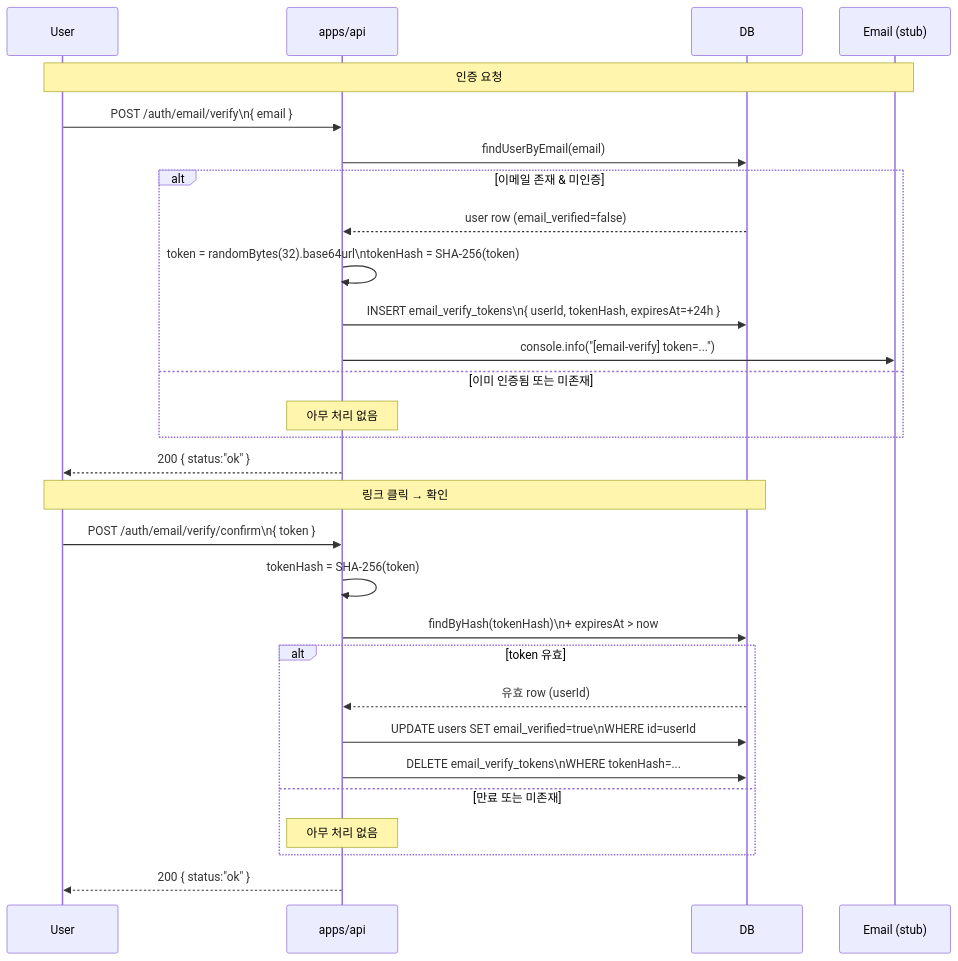
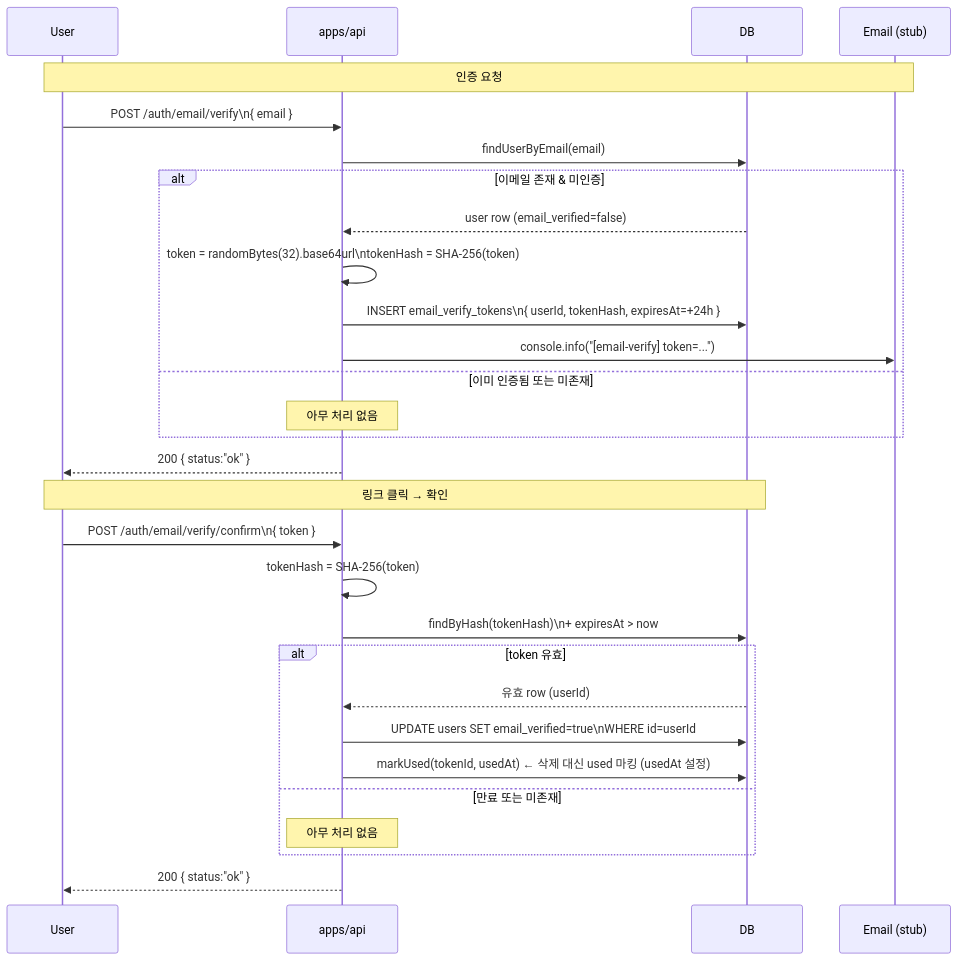
One commit to Changsik00/service-foundry changed the diagram in docs/explainers/auth/email-verify-flow.md. Above: the diagram before and after it, drawn with Mermaid. The commit also changed 7 other files, not shown here.

````diff
--- a/docs/explainers/auth/email-verify-flow.md
+++ b/docs/explainers/auth/email-verify-flow.md
@@ -18,33 +18,33 @@
 ```mermaid
 sequenceDiagram
     participant U as User
     participant API as apps/api
     participant DB as DB
     participant Email as Email (stub)
 
     Note over U,Email: 인증 요청
     U->>API: POST /auth/email/verify\n{ email }
     API->>DB: findUserByEmail(email)
     alt 이메일 존재 & 미인증
         DB-->>API: user row (email_verified=false)
         API->>API: token = randomBytes(32).base64url\ntokenHash = SHA-256(token)
         API->>DB: INSERT email_verify_tokens\n{ userId, tokenHash, expiresAt=+24h }
         API->>Email: console.info("[email-verify] token=...")
     else 이미 인증됨 또는 미존재
         Note over API: 아무 처리 없음
     end
     API-->>U: 200 { status:"ok" }
 
     Note over U,DB: 링크 클릭 → 확인
     U->>API: POST /auth/email/verify/confirm\n{ token }
     API->>API: tokenHash = SHA-256(token)
     API->>DB: findByHash(tokenHash)\n+ expiresAt > now
     alt token 유효
         DB-->>API: 유효 row (userId)
         API->>DB: UPDATE users SET email_verified=true\nWHERE id=userId
-        API->>DB: DELETE email_verify_tokens\nWHERE tokenHash=...
+        API->>DB: markUsed(tokenId, usedAt)  ← 삭제 대신 used 마킹 (usedAt 설정)
     else 만료 또는 미존재
         Note over API: 아무 처리 없음
     end
     API-->>U: 200 { status:"ok" }
 ```
````
